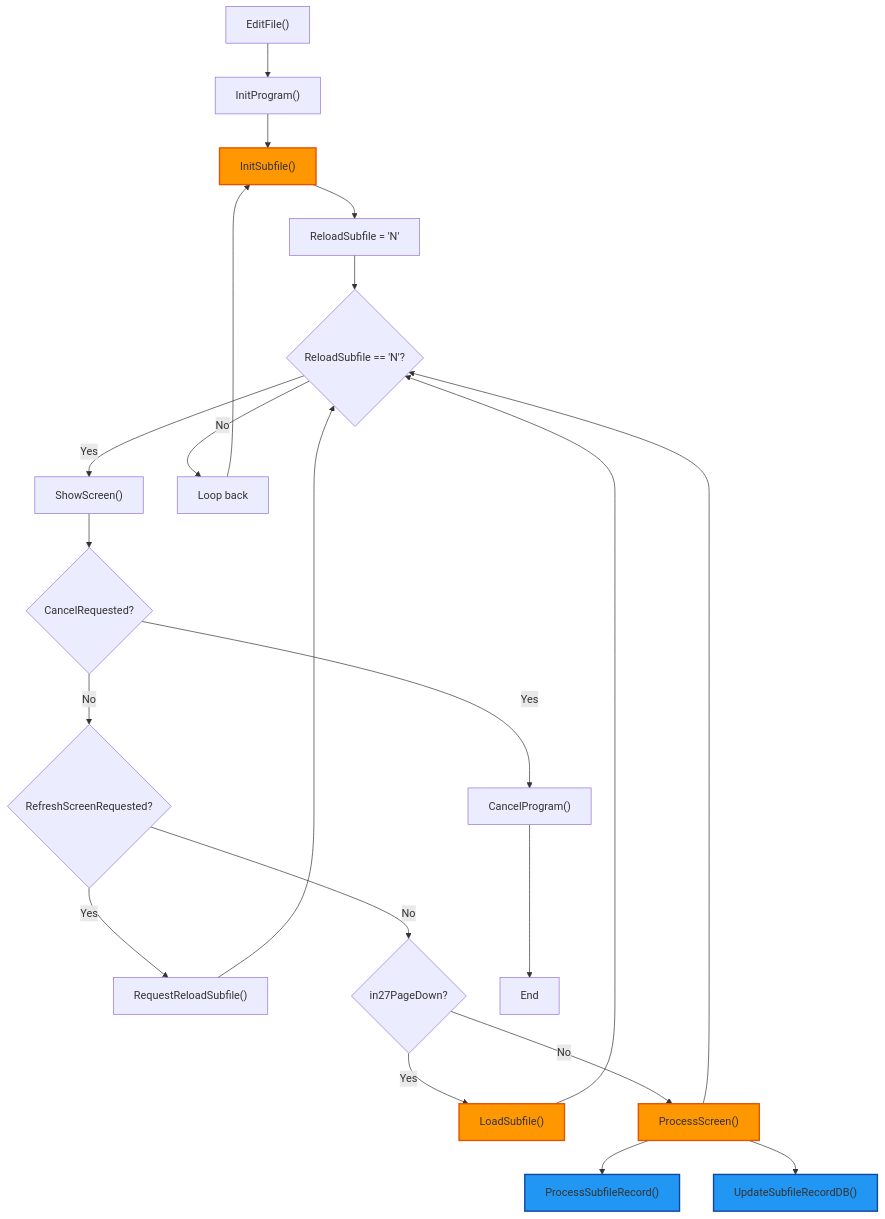
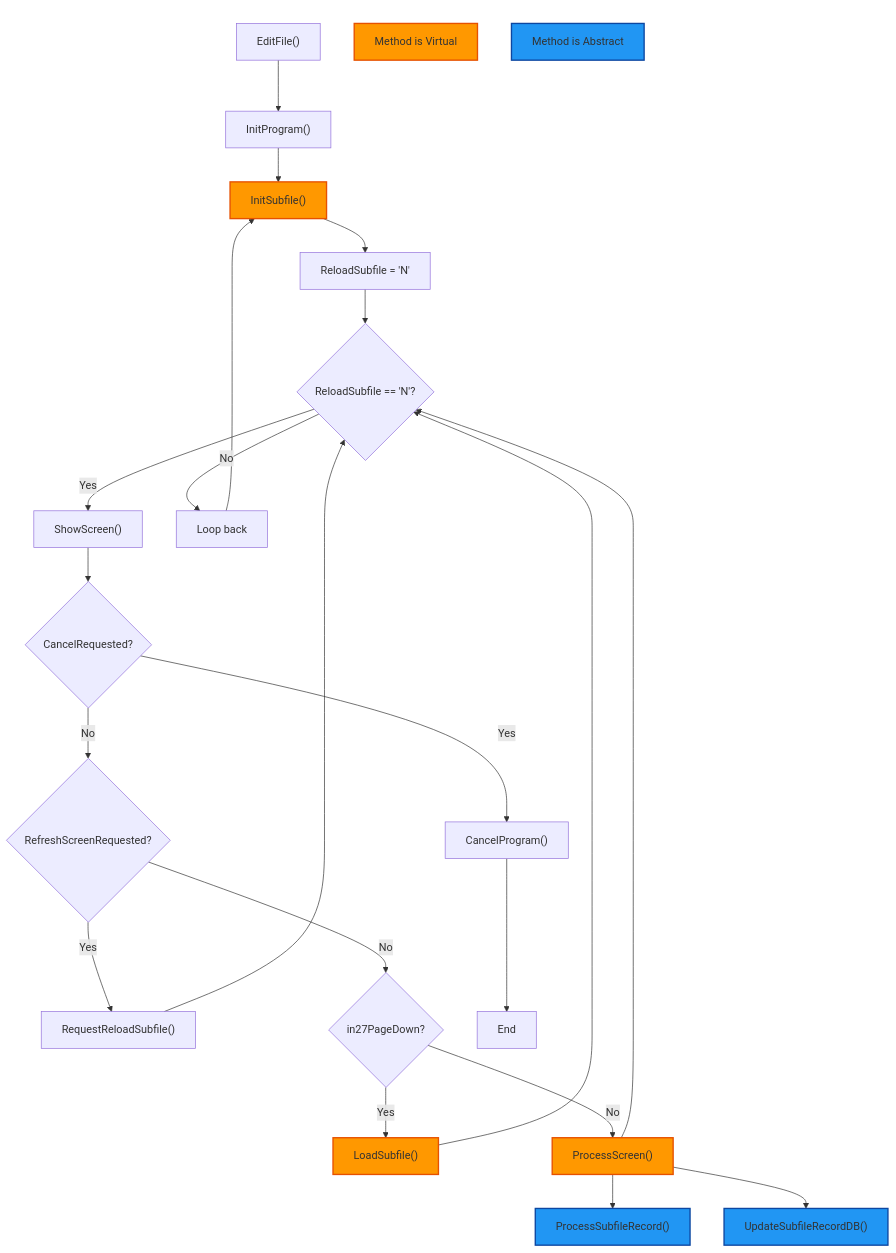
One commit to asnaqsys/asnaqsys.github.io changed the first of 2 diagrams in manuals/escape/fx/edit-file-function.md. Above: the diagram before and after it, drawn with Mermaid. The commit also changed other lines of this file and 15 other files, not shown here.

Commit message:
Provide a description of flowchart colors.

```diff
--- a/manuals/escape/fx/edit-file-function.md
+++ b/manuals/escape/fx/edit-file-function.md
@@ -43,30 +43,41 @@
 <pre class="mermaid">
 
 flowchart TD
     A["EditFile()"] --> B["InitProgram()"]
     B --> C["InitSubfile()"]
     C --> D["ReloadSubfile = 'N'"]
     D --> E{"ReloadSubfile == 'N'?"}
     E -->|Yes| F["ShowScreen()"]
     F --> G{"CancelRequested?"}
     G -->|Yes| H["CancelProgram()"]
     G -->|No| I{"RefreshScreenRequested?"}
     I -->|Yes| J["RequestReloadSubfile()"]
     I -->|No| K{"in27PageDown?"}
     K -->|Yes| L["LoadSubfile()"]
     K -->|No| M["ProcessScreen()"]
     M --> PR["ProcessSubfileRecord()"]
     M --> UR["UpdateSubfileRecordDB()"]
     H --> N["End"]
     J --> E
     L --> E
     M --> E
     E -->|No| O["Loop back"]
     O --> C
 
-    classDef virtual fill:#ff9800,stroke:#e65100,stroke-width:2px;
-    classDef abstract fill:#2196f3,stroke:#0d47a1,stroke-width:2px;
-    class C,L,M virtual;
-    class PR,UR abstract;
+   subgraph subA [" "]
+      A
+      VirtualTag["Method is Virtual"]
+      AbstractTag["Method is Abstract"]
+      class VirtualTag virtual;
+      class AbstractTag abstract;
+   end
+
+   classDef virtual fill:#ff9800,stroke:#e65100,stroke-width:2px;
+   classDef abstract fill:#2196f3,stroke:#0d47a1,stroke-width:2px;
+   classDef colorKey fill:transparent,stroke-width:0;
+   class subA colorKey
+
+   class C,L,M virtual;
+   class PR,UR abstract;
 
 </pre>
```
